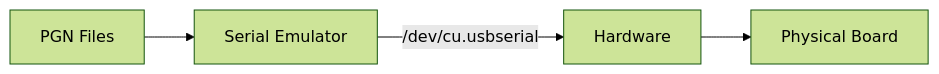
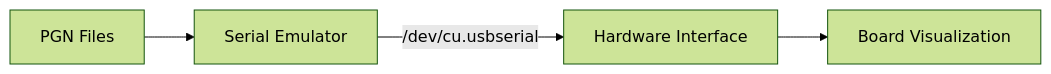
One commit to lklkevin/chesslink changed the seventh of 8 diagrams in simulation_architecture.md. Above: the diagram before and after it, drawn with Mermaid (forest theme). The commit also changed other lines of this file, not shown here.

Commit message:
Update architecture document to focus on physical hardware as primary use case

````diff
--- a/simulation_architecture.md
+++ b/simulation_architecture.md
@@ -138,6 +192,6 @@
 ```mermaid
 flowchart LR
     PGN[PGN Files] --> SE[Serial Emulator]
-    SE -- "/dev/cu.usbserial" --> HW[Hardware]
-    HW --> CB[Physical Board]
+    SE -- "/dev/cu.usbserial" --> HW[Hardware Interface]
+    HW --> CB[Board Visualization]
 ```
````
